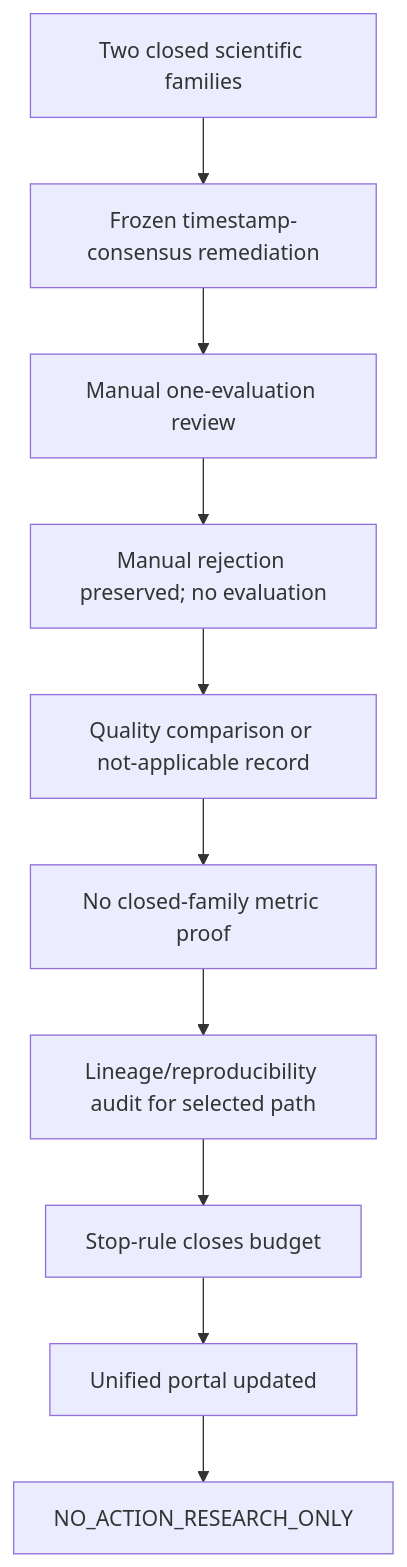
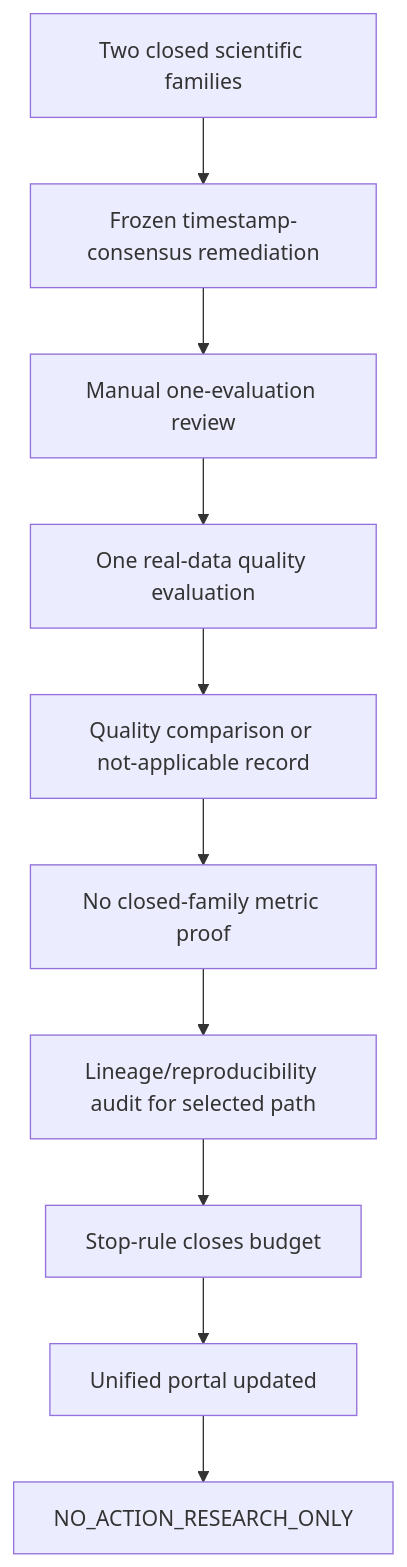
One commit to vmasardinha-coder/QRDS changed the diagram in crypto_decision_lab/docs/reports/project_tracking/QRDS_ARCHITECTURE_MERMAID_PHASE375.md. Above: the diagram before and after it, drawn with Mermaid. The commit also changed other lines of this file and 16 other files, not shown here.

Commit message:
Batch 366-375 correction: execute delegated frozen data-quality evaluation

````diff
--- a/crypto_decision_lab/docs/reports/project_tracking/QRDS_ARCHITECTURE_MERMAID_PHASE375.md
+++ b/crypto_decision_lab/docs/reports/project_tracking/QRDS_ARCHITECTURE_MERMAID_PHASE375.md
@@ -3,12 +3,12 @@
 ```mermaid
 flowchart TD
  A[Two closed scientific families] --> B[Frozen timestamp-consensus remediation]
  B --> C[Manual one-evaluation review]
- C --> D[Manual rejection preserved; no evaluation]
+ C --> D[One real-data quality evaluation]
  D --> E[Quality comparison or not-applicable record]
  E --> F[No closed-family metric proof]
  F --> G[Lineage/reproducibility audit for selected path]
  G --> H[Stop-rule closes budget]
  H --> I[Unified portal updated]
  I --> J[NO_ACTION_RESEARCH_ONLY]
 ```
````
